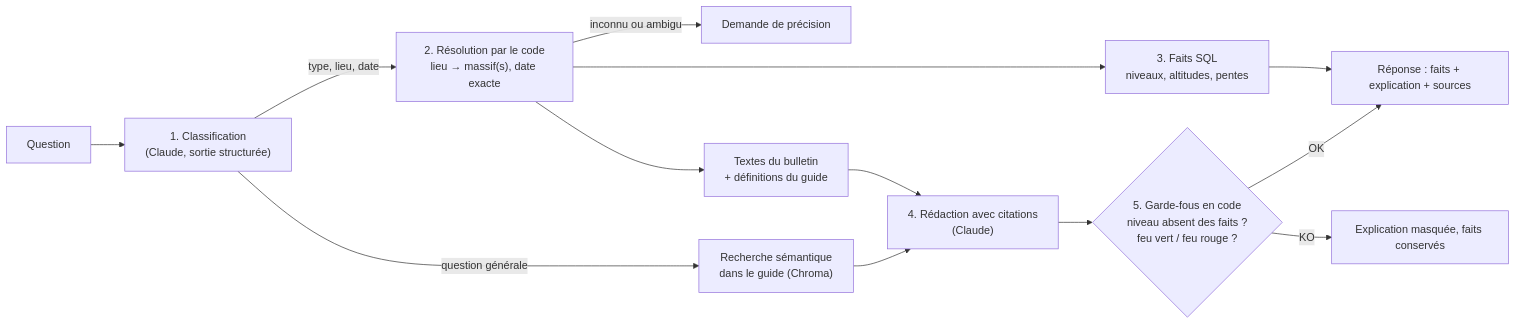
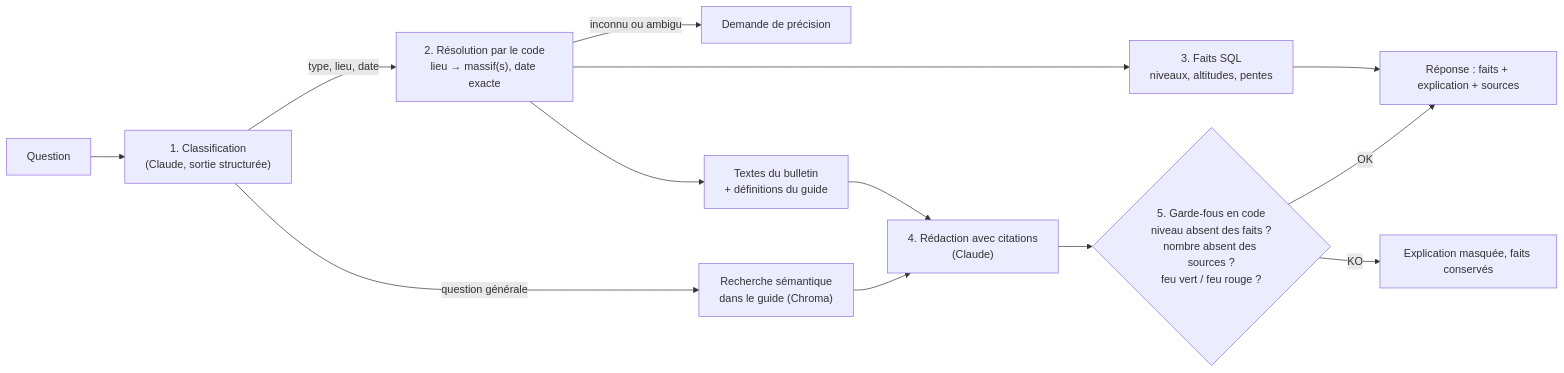
One commit to JulesCrl/RAG_Avalanche changed the diagram in README.md. Above: the diagram before and after it, drawn with Mermaid. The commit also changed other lines of this file and 3 other files, not shown here.

First line of the commit message:
Garde-fou : masquer une explication qui contient un nombre absent des sources

````diff
--- a/README.md
+++ b/README.md
@@ -45,15 +47,15 @@
 ```mermaid
 flowchart LR
     Q[Question] --> C["1. Classification<br/>(Claude, sortie structurée)"]
     C -->|type, lieu, date| R["2. Résolution par le code<br/>lieu → massif(s), date exacte"]
     R -->|inconnu ou ambigu| P[Demande de précision]
     R --> F["3. Faits SQL<br/>niveaux, altitudes, pentes"]
     R --> D["Textes du bulletin<br/>+ définitions du guide"]
     C -->|question générale| G["Recherche sémantique<br/>dans le guide (Chroma)"]
     D --> E["4. Rédaction avec citations<br/>(Claude)"]
     G --> E
-    E --> V{"5. Garde-fous en code<br/>niveau absent des faits ?<br/>feu vert / feu rouge ?"}
+    E --> V{"5. Garde-fous en code<br/>niveau absent des faits ?<br/>nombre absent des sources ?<br/>feu vert / feu rouge ?"}
     V -->|OK| A[Réponse : faits + explication + sources]
     V -->|KO| M[Explication masquée, faits conservés]
     F --> A
 ```
````
